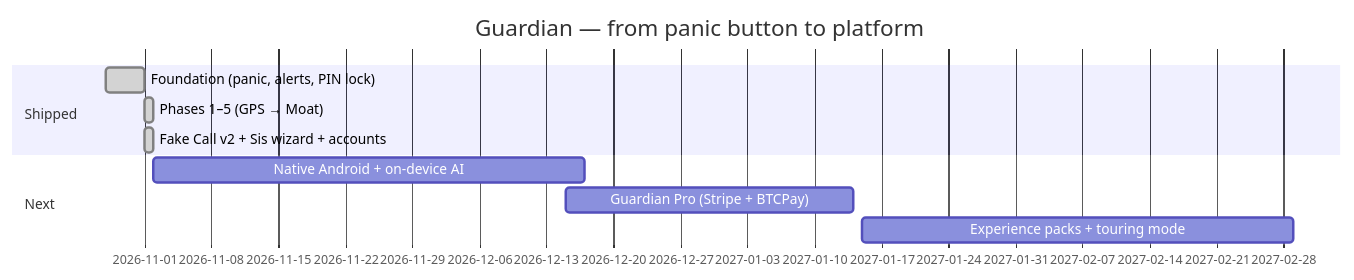
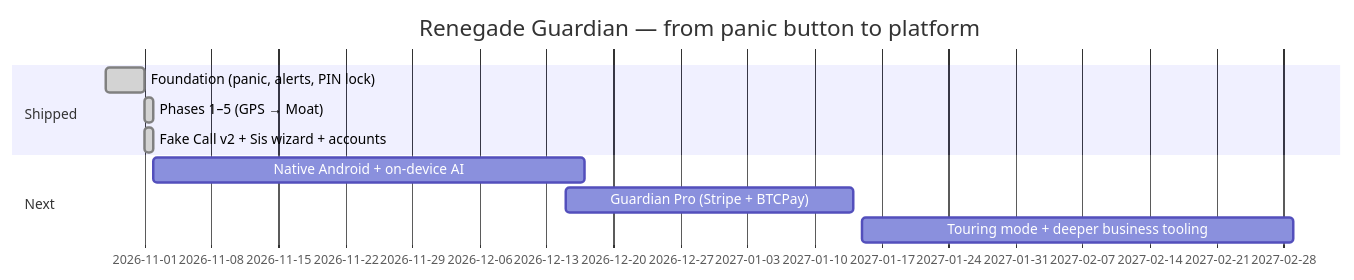
Before and after one commit to crazyrob425/guardian-app: the fourth of 4 diagrams in README.md, drawn with Mermaid. The commit also changed other lines of this file, not shown here.

Commit message:
Rebrand README to Renegade Guardian: new logo, features, settings, private self-hosted alert servers, beta offer

````diff
--- a/README.md
+++ b/README.md
@@ -525,13 +564,13 @@
 ```mermaid
 gantt
-    title Guardian — from panic button to platform
+    title Renegade Guardian — from panic button to platform
     dateFormat YYYY-MM-DD
     section Shipped
     Foundation (panic, alerts, PIN lock)      :done, 2026-10-28, 2026-11-01
     Phases 1–5 (GPS → Moat)                   :done, 2026-11-01, 2026-11-02
     Fake Call v2 + Sis wizard + accounts      :done, 2026-11-01, 2026-11-02
     section Next
     Native Android + on-device AI             :2026-11-02, 45d
     Guardian Pro (Stripe + BTCPay)            :2026-12-15, 30d
-    Experience packs + touring mode           :2027-01-15, 45d
+    Touring mode + deeper business tooling    :2027-01-15, 45d
 ```
````
